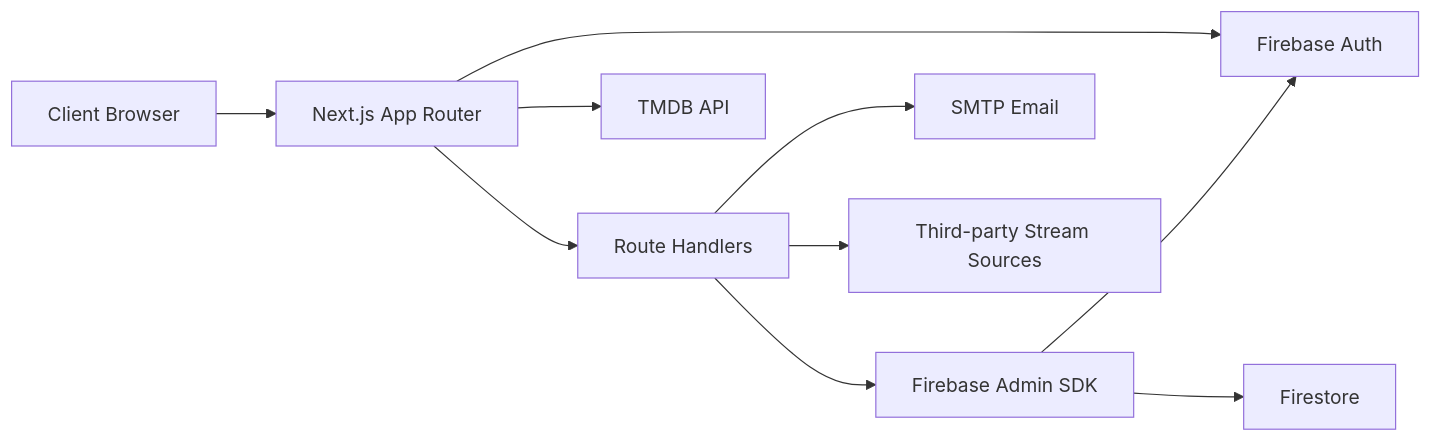
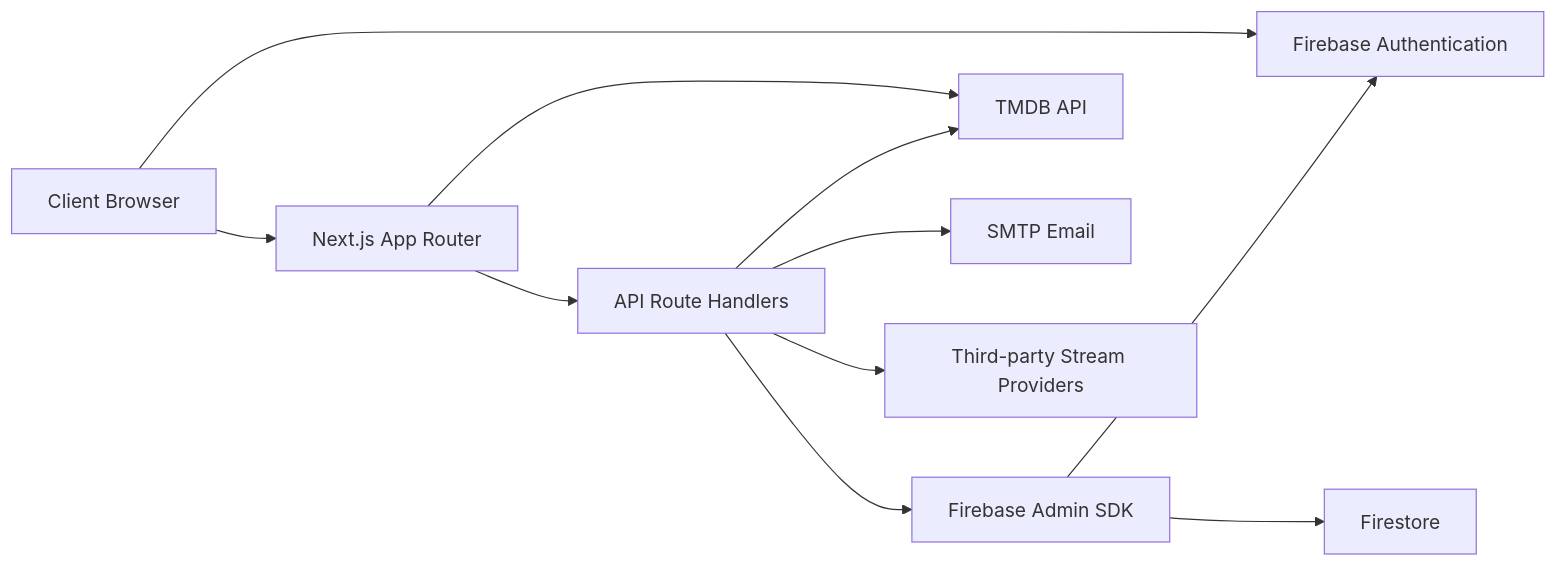
The first of 6 diagrams in doc/architecture.md (KemVani3110/CineHub), drawn with Mermaid before and after one commit. The commit also changed other lines of this file and 6 other files, not shown here.

````diff
--- a/doc/architecture.md
+++ b/doc/architecture.md
@@ -7,22 +7,23 @@
 ```mermaid
 flowchart LR
   Browser["Client Browser"]
-  App["Next.js App Router"]
-  API["Route Handlers"]
-  FirebaseAuth["Firebase Auth"]
+  NextApp["Next.js App Router"]
+  Routes["API Route Handlers"]
+  FirebaseAuth["Firebase Authentication"]
   Firestore["Firestore"]
   AdminSDK["Firebase Admin SDK"]
   TMDB["TMDB API"]
   SMTP["SMTP Email"]
-  Streams["Third-party Stream Sources"]
+  StreamProviders["Third-party Stream Providers"]
 
-  Browser --> App
-  App --> API
-  App --> FirebaseAuth
-  App --> TMDB
-  API --> AdminSDK
+  Browser --> NextApp
+  Browser --> FirebaseAuth
+  NextApp --> Routes
+  NextApp --> TMDB
+  Routes --> AdminSDK
   AdminSDK --> FirebaseAuth
   AdminSDK --> Firestore
-  API --> SMTP
-  API --> Streams
+  Routes --> SMTP
+  Routes --> StreamProviders
+  Routes --> TMDB
 ```
````
